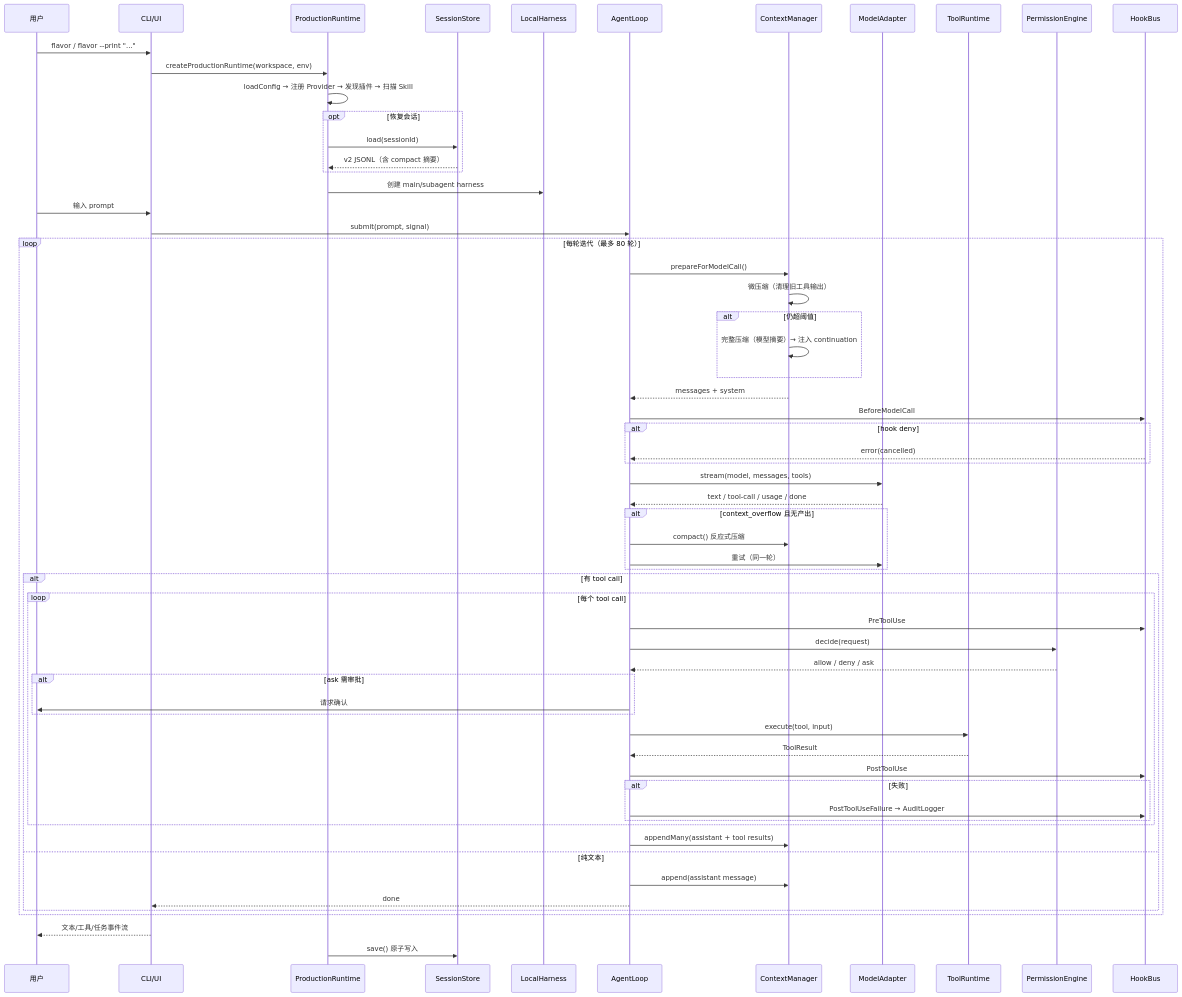
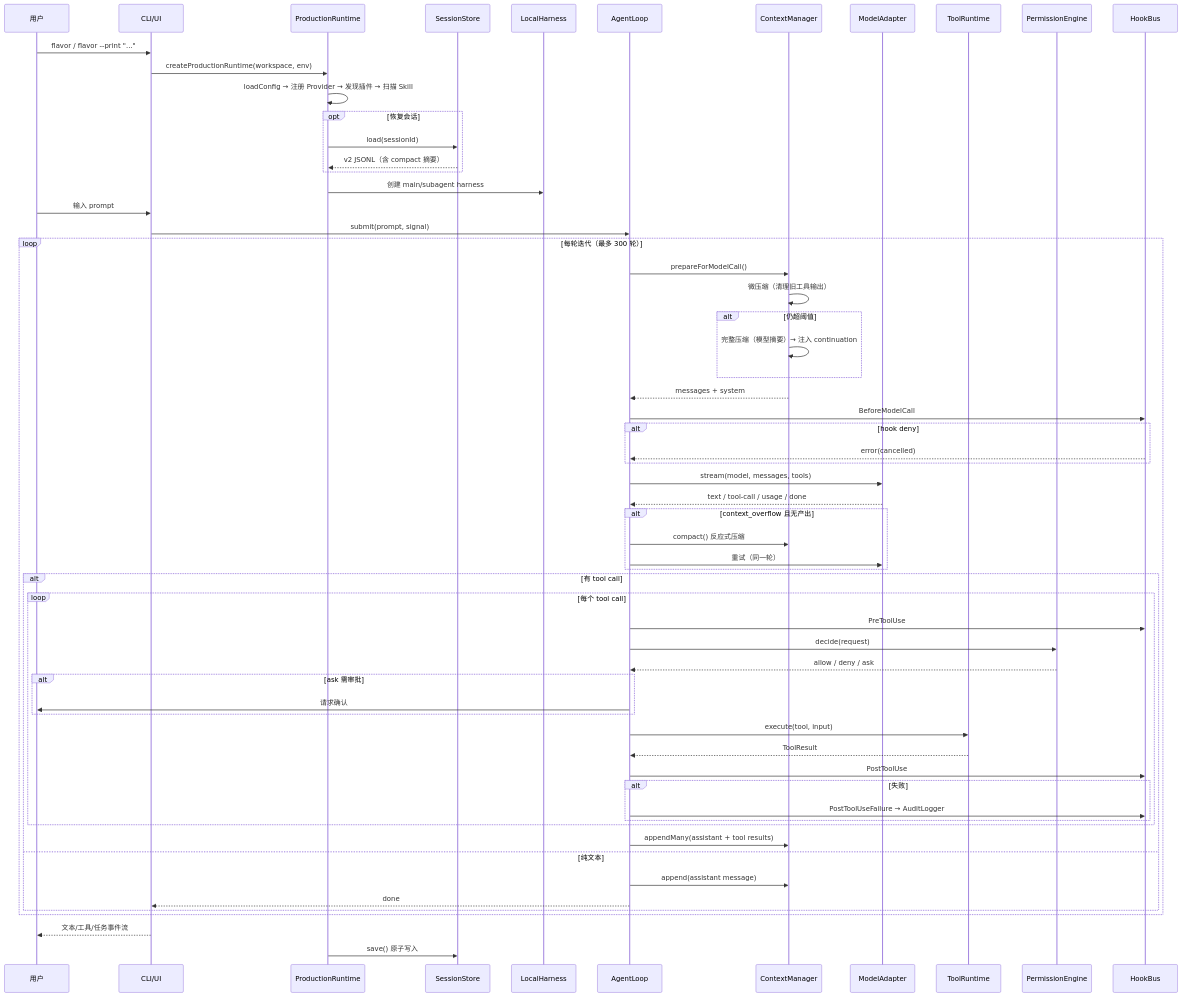
Before and after one commit to YachuanWzh/flavor-code: the second of 48 diagrams in 技术方案报告.md, drawn with Mermaid. The commit also changed other lines of this file and 48 other files, not shown here.

````diff
--- a/技术方案报告.md
+++ b/技术方案报告.md
@@ -382,72 +382,72 @@
 ```mermaid
 sequenceDiagram
     participant U as 用户
     participant CLI as CLI/UI
     participant P as ProductionRuntime
     participant S as SessionStore
     participant H as LocalHarness
     participant L as AgentLoop
     participant C as ContextManager
     participant M as ModelAdapter
     participant T as ToolRuntime
     participant PE as PermissionEngine
     participant HK as HookBus
 
     U->>CLI: flavor / flavor --print "..."
     CLI->>P: createProductionRuntime(workspace, env)
     P->>P: loadConfig → 注册 Provider → 发现插件 → 扫描 Skill
     opt 恢复会话
         P->>S: load(sessionId)
         S-->>P: v2 JSONL（含 compact 摘要）
     end
     P->>H: 创建 main/subagent harness
 
     U->>CLI: 输入 prompt
     CLI->>L: submit(prompt, signal)
 
-    loop 每轮迭代（最多 80 轮）
+    loop 每轮迭代（最多 300 轮）
         L->>C: prepareForModelCall()
         C->>C: 微压缩（清理旧工具输出）
         alt 仍超阈值
             C->>C: 完整压缩（模型摘要）→ 注入 continuation
         end
         C-->>L: messages + system
 
         L->>HK: BeforeModelCall
         alt hook deny
             HK-->>L: error(cancelled)
         end
 
         L->>M: stream(model, messages, tools)
         M-->>L: text / tool-call / usage / done
 
         alt context_overflow 且无产出
             L->>C: compact() 反应式压缩
             L->>M: 重试（同一轮）
         end
 
         alt 有 tool call
             loop 每个 tool call
                 L->>HK: PreToolUse
                 L->>PE: decide(request)
                 PE-->>L: allow / deny / ask
                 alt ask 需审批
                     L->>U: 请求确认
                 end
                 L->>T: execute(tool, input)
                 T-->>L: ToolResult
                 L->>HK: PostToolUse
                 alt 失败
                     L->>HK: PostToolUseFailure → AuditLogger
                 end
             end
             L->>C: appendMany(assistant + tool results)
         else 纯文本
             L->>C: append(assistant message)
             L-->>CLI: done
         end
     end
 
     CLI-->>U: 文本/工具/任务事件流
     P->>S: save() 原子写入
 ```
````
